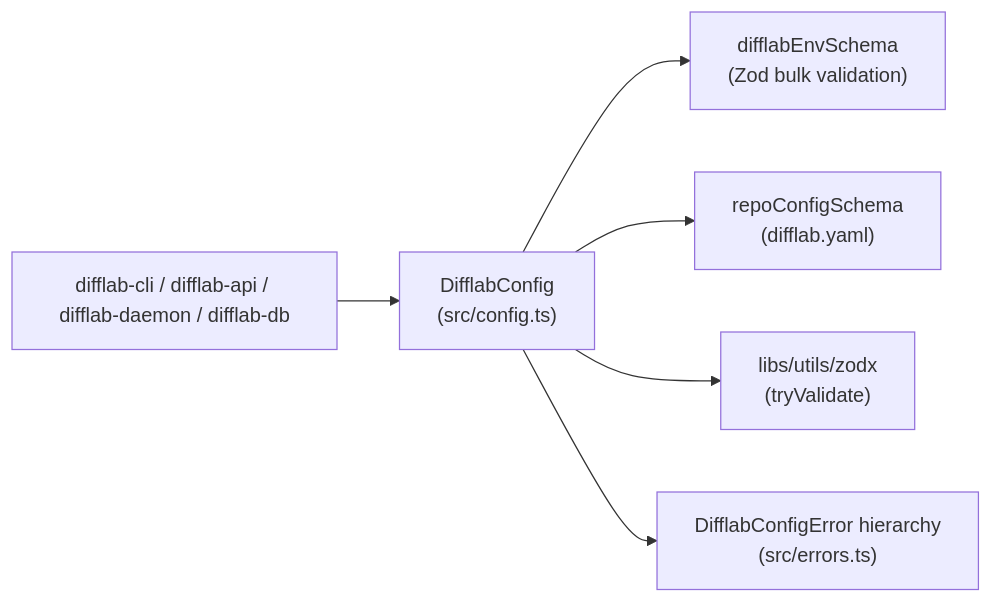
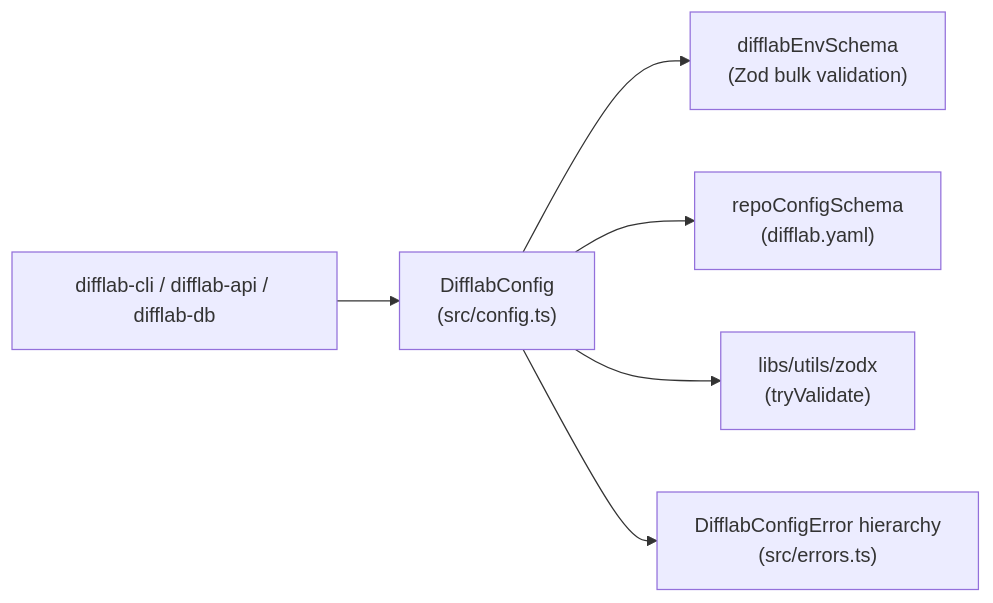
Before and after one commit to difflab-io/difflab: the diagram in docs/architecture/difflab-config/index.md, drawn with Mermaid. The commit also changed other lines of this file and 38 other files, not shown here.

Commit message:
refactor(cli,api): remove local daemon and use direct local SQLite with shared DTO utils

````diff
--- a/docs/architecture/difflab-config/index.md
+++ b/docs/architecture/difflab-config/index.md
@@ -24,8 +24,8 @@
 ```mermaid
 flowchart LR
-  Callers["difflab-cli / difflab-api / difflab-daemon / difflab-db"] --> Config["DifflabConfig<br/>(src/config.ts)"]
+  Callers["difflab-cli / difflab-api / difflab-db"] --> Config["DifflabConfig<br/>(src/config.ts)"]
   Config --> EnvSchema["difflabEnvSchema<br/>(Zod bulk validation)"]
   Config --> RepoSchema["repoConfigSchema<br/>(difflab.yaml)"]
   Config --> ZodX["libs/utils/zodx<br/>(tryValidate)"]
   Config --> Errors["DifflabConfigError hierarchy<br/>(src/errors.ts)"]
 ```
````
